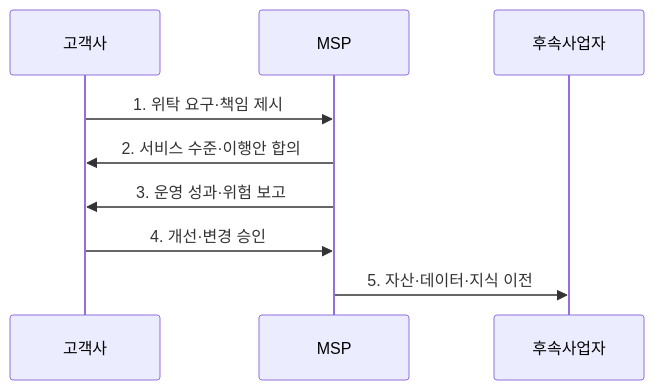
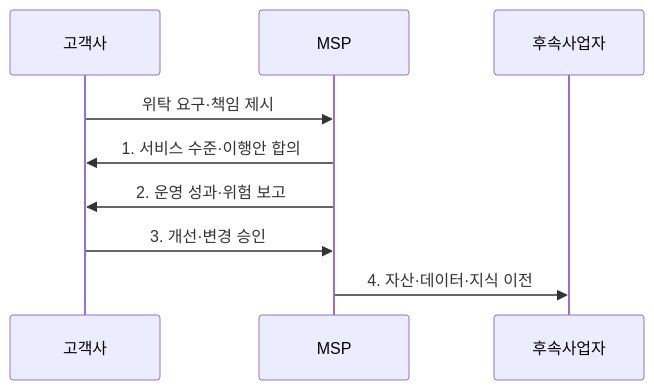
One commit to agnusdei1207/knowledge-base changed the second of 2 diagrams in src/content/docs/notes/07-law-policy/014_it_outsourcing_msp.md. Above: the diagram before and after it, drawn with Mermaid. The commit also changed other lines of this file and 20 other files, not shown here.

````diff
--- a/src/content/docs/notes/07-law-policy/014_it_outsourcing_msp.md
+++ b/src/content/docs/notes/07-law-policy/014_it_outsourcing_msp.md
@@ -76,11 +76,11 @@
 ```mermaid
 sequenceDiagram
     participant C as 고객사
     participant M as MSP
     participant N as 후속사업자
-    C->>M: 1. 위탁 요구·책임 제시
-    M->>C: 2. 서비스 수준·이행안 합의
-    M->>C: 3. 운영 성과·위험 보고
-    C->>M: 4. 개선·변경 승인
-    M->>N: 5. 자산·데이터·지식 이전
+    C->>M: 위탁 요구·책임 제시
+    M->>C: 1. 서비스 수준·이행안 합의
+    M->>C: 2. 운영 성과·위험 보고
+    C->>M: 3. 개선·변경 승인
+    M->>N: 4. 자산·데이터·지식 이전
 ```
````
